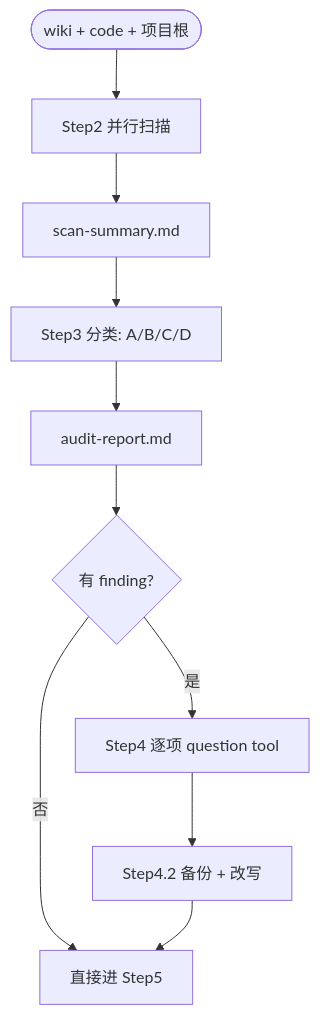
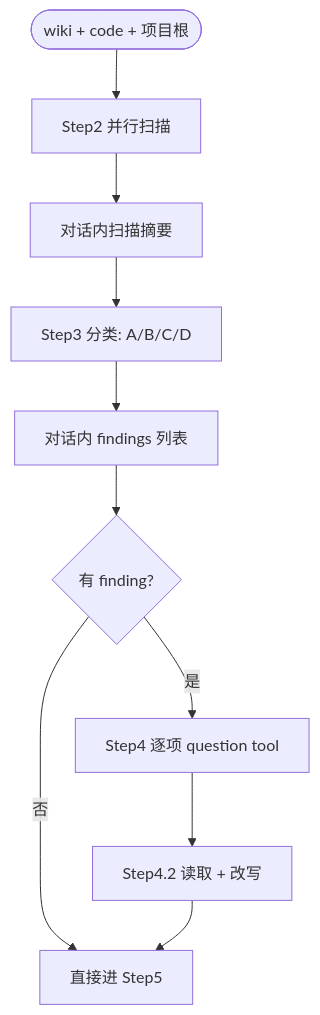
One commit to Hikaru518/stellar-frontier changed the diagram in .opencode/skills/audit-wiki/references/audit-protocol.md. Above: the diagram before and after it, drawn with Mermaid. The commit also changed other lines of this file and 15 other files, not shown here.

````diff
--- a/.opencode/skills/audit-wiki/references/audit-protocol.md
+++ b/.opencode/skills/audit-wiki/references/audit-protocol.md
@@ -7,12 +7,12 @@
 ```mermaid
 flowchart TD
     inputs([wiki + code + 项目根]) --> scan[Step2 并行扫描]
-    scan --> summary[scan-summary.md]
+    scan --> summary[对话内扫描摘要]
     summary --> classify[Step3 分类: A/B/C/D]
-    classify --> report[audit-report.md]
-    report --> hasFinding{有 finding?}
+    classify --> findings[对话内 findings 列表]
+    findings --> hasFinding{有 finding?}
     hasFinding -- "是" --> ask[Step4 逐项 question tool]
     hasFinding -- "否" --> next[直接进 Step5]
-    ask --> apply[Step4.2 备份 + 改写]
+    ask --> apply[Step4.2 读取 + 改写]
     apply --> next
 ```
````
